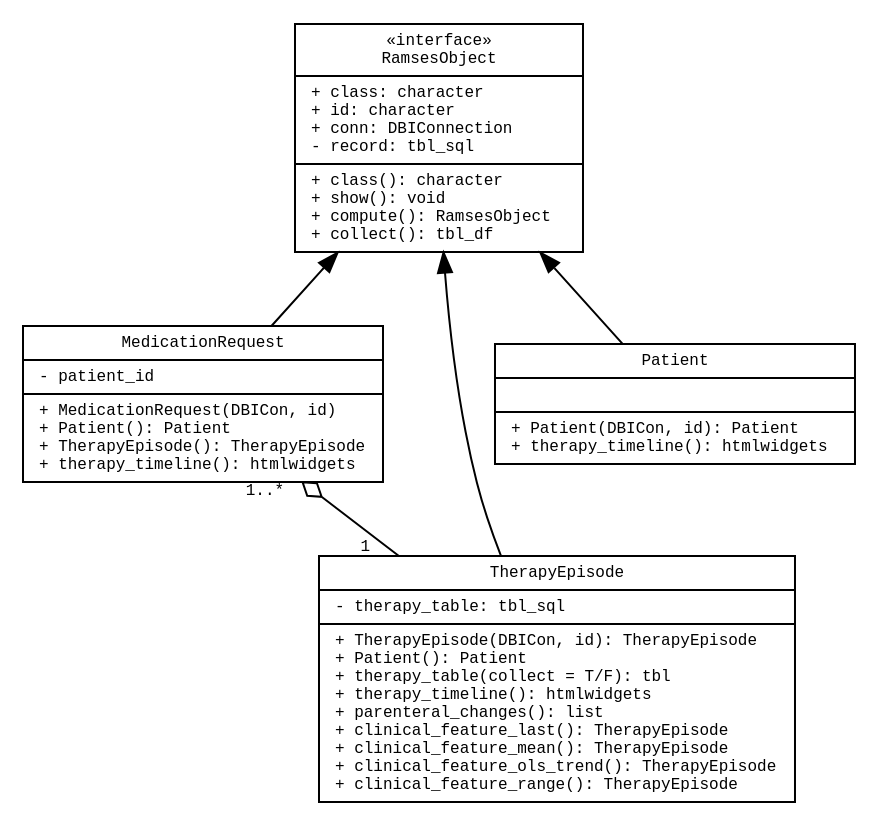
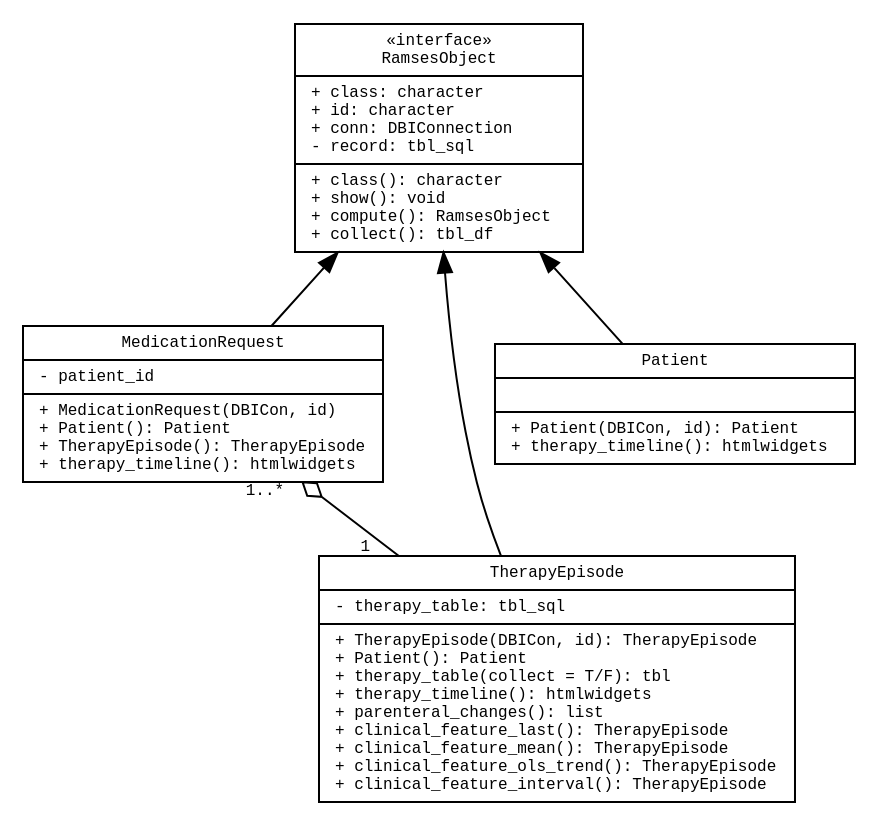
The diagram in vignettes/ramses-objects/ramses-med-class-diagram.gv (ramses-antibiotics/ramses-package), drawn with Graphviz before and after one commit. The commit also changed 62 other files, not shown here.

```diff
--- a/vignettes/ramses-objects/ramses-med-class-diagram.gv
+++ b/vignettes/ramses-objects/ramses-med-class-diagram.gv
@@ -1,160 +1,160 @@
 digraph G {
   
 
   node [
           fontname = "monospace"
           shape = "record"
           width = 1.5
           fontsize = 8
   ]
 
   edge [
           fontname = "monospace"
           fontsize = 8
   ]
 
 # arrowheads
 # Association open
 # Inheritance empty
 # Realisation/implementation empty + style=dashed
 # Dependency open + style=dashed
 # Aggregation odiamond
 # Composition diamond
 
 
 # Interface
 RamsesObject [
   width = 2
   label = "{«interface»\n
   RamsesObject|
   + class: character\l
   + id: character\l
   + conn: DBIConnection\l
   - record: tbl_sql\l|
   
   + class(): character\l
   + show(): void\l
   + compute(): RamsesObject\l
   + collect(): tbl_df\l}"
 ]
 
 /*
 Prescription [
   width = 3
   label = "{Prescription|
   - prescription_type: \{\"mono\", \"combo\"\}\l
   - medication_requests\l
   + therapy_id: character\l|
   
   + Prescription(DBICon., id): Prescription\l
   + Patient(): Patient\l
   + TherapyEpisode(): TherapyEpisode\l
   + prescription_type(): \{\"mono\", \"combo\"\}\l
   + medication_requests(): list\l
   + therapy_timeline(): htmlwidgets\l}"
 ]
 
 Prescription_Mono [
   label = "{Prescription_Mono|
   - type: \"mono\"\l
   }"
 ]
 
 Prescription_Combo [
   label = "{Prescription_Combo|
   - type: \"combo\"\l
   }"
 ]
 */
 
 MedicationRequest [
   width = 2.5
   label = "{MedicationRequest|
   - patient_id\l|
   
   + MedicationRequest(DBICon, id)\l
   + Patient(): Patient\l
   + TherapyEpisode(): TherapyEpisode\l
   + therapy_timeline(): htmlwidgets\l}"
   
   # + Clinician(): Clinician\l
   #  + Prescription(): Prescription\l
 ]
 
 TherapyEpisode [
   width = 3.3
   label = "{TherapyEpisode|
   - therapy_table: tbl_sql\l|
   
   + TherapyEpisode(DBICon, id): TherapyEpisode\l
   + Patient(): Patient\l
   + therapy_table(collect = T/F): tbl\l
   + therapy_timeline(): htmlwidgets\l
   + parenteral_changes(): list\l
   + clinical_feature_last(): TherapyEpisode\l
   + clinical_feature_mean(): TherapyEpisode\l
   + clinical_feature_ols_trend(): TherapyEpisode\l
-  + clinical_feature_range(): TherapyEpisode\l}"
+  + clinical_feature_interval(): TherapyEpisode\l}"
 #  + medication_request(): list\l}"
 ]
 
 Patient [
   width = 2.5
   label = "{Patient|
   \l|
   + Patient(DBICon, id): Patient\l
   + therapy_timeline(): htmlwidgets\l}"
 ]
 
 /*
 Clinician [
   width = 2.5
   label = "{Clinician|
   \l|
   + Clinician(DBICon, id): Clinician\l
   + get_specialty(): character\l
   + get_lead_clinician: Clinician\l}"
 ]*/
 
 /*
 TherapyList [
 label = "{TherapyList|\l+ id: list\l+ type: \"therapy-list\"\l- TherapyTable: tbl\l+ lazy_status: boolean\l|+ fetch(): data.frame\l + therapy_table(): list\l}"
 ]
 */
 
 
 /*RamsesObject -> Prescription [dir=back]
 Prescription -> Prescription_Mono [dir=back]
 Prescription -> Prescription_Combo [dir=back]*/
 RamsesObject -> MedicationRequest [dir=back]
 
 RamsesObject -> Patient [dir=back]
 /*RamsesObject -> Clinician [dir=back]*/
 RamsesObject -> TherapyEpisode [dir=back]
 
 TherapyEpisode -> MedicationRequest [ constraint=false
   arrowhead=odiamond
   headlabel = "1..*  "
   taillabel = "1   "]
 /*Prescription_Mono -> MedicationRequest [ constraint=false
   arrowhead=odiamond
   headlabel = "1..*       "
   taillabel = "1"]
 Prescription_Combo -> MedicationRequest [
   arrowhead=odiamond
   headlabel = "2..*    "
   taillabel = "1"]*/
 
 
 /*Patient -> Clinician [ style = invis ]; 
 TherapyEpisode -> Clinician  [ style = invis ]; */
 Patient -> TherapyEpisode  [ style = invis ]; 
 
 
 /*
 TherapyEpisode -> TherapyList [constraint=false
   arrowtail=odiamond
   headlabel = "2..*  "
   taillabel = "0..*  "]
 */  
 }
```
